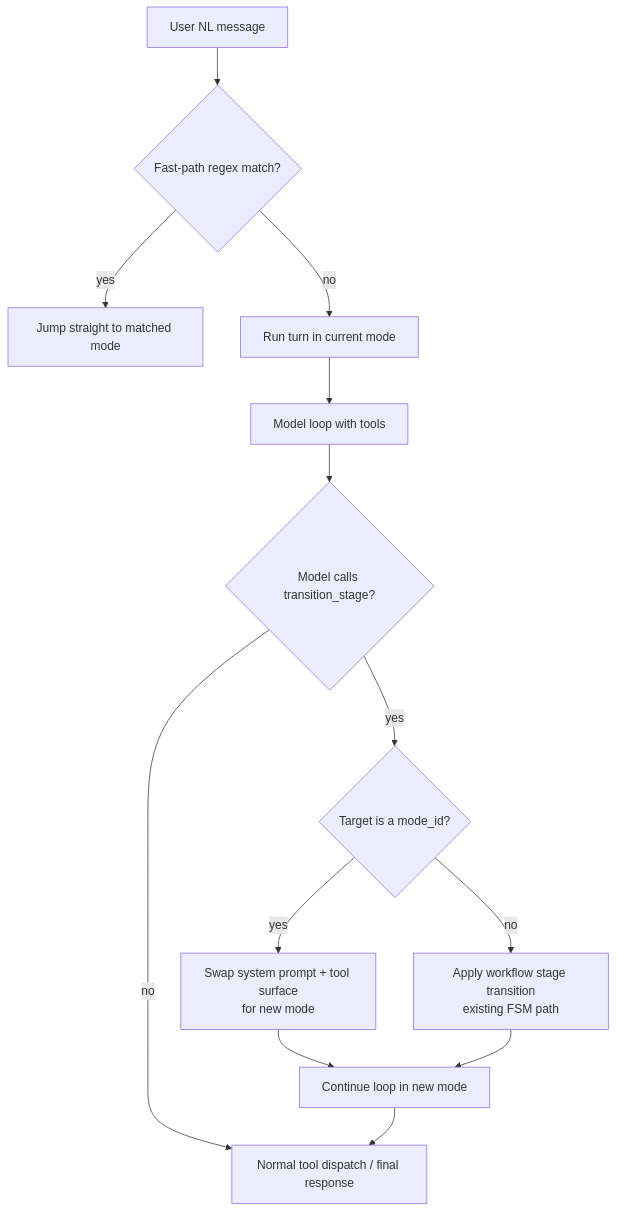
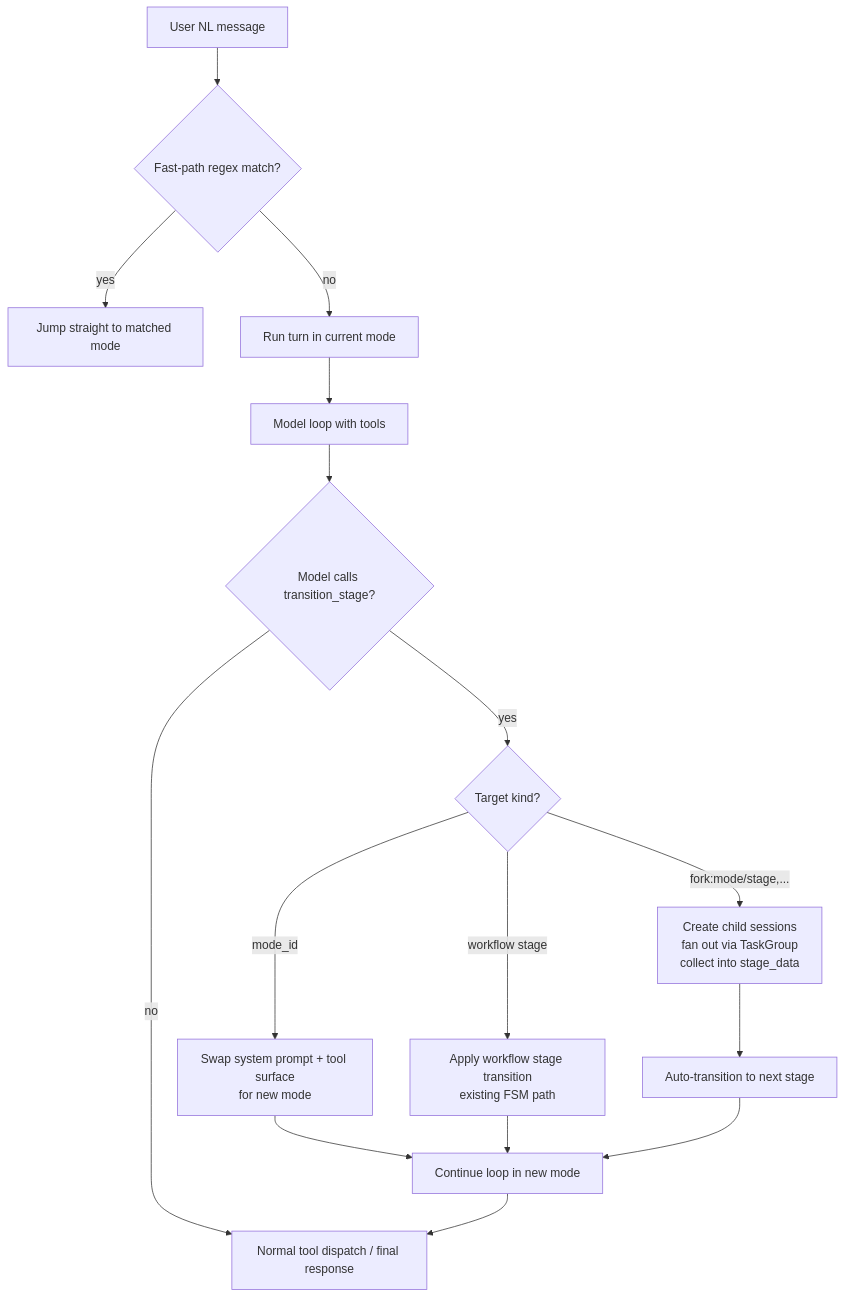
Before and after one commit to Lisa-Harness/lisa: the first of 3 diagrams in docs/ROUTING_RFC_HANDOFF.md, drawn with Mermaid. The commit also changed other lines of this file and 29 other files, not shown here.

First line of the commit message:
feat: unify FSM routing — replace router planner + workshop with transition_stage handoff/fork

````diff
--- a/docs/ROUTING_RFC_HANDOFF.md
+++ b/docs/ROUTING_RFC_HANDOFF.md
@@ -82,15 +82,18 @@
 ```mermaid
 flowchart TD
     A[User NL message] --> B{Fast-path regex match?}
     B -->|yes| C[Jump straight to matched mode]
     B -->|no| D[Run turn in current mode]
     D --> E[Model loop with tools]
     E --> F{Model calls transition_stage?}
-    F -->|yes| G{Target is a mode_id?}
-    G -->|yes| H[Swap system prompt + tool surface<br/>for new mode]
-    G -->|no| I[Apply workflow stage transition<br/>existing FSM path]
-    H --> J[Continue loop in new mode]
-    I --> J
-    F -->|no| K[Normal tool dispatch / final response]
-    J --> K
+    F -->|yes| G{Target kind?}
+    G -->|fork:mode/stage,...| H[Create child sessions<br/>fan out via TaskGroup<br/>collect into stage_data]
+    G -->|mode_id| I[Swap system prompt + tool surface<br/>for new mode]
+    G -->|workflow stage| J[Apply workflow stage transition<br/>existing FSM path]
+    H --> K[Auto-transition to next stage]
+    I --> L[Continue loop in new mode]
+    J --> L
+    K --> L
+    F -->|no| M[Normal tool dispatch / final response]
+    L --> M
 ```
````
